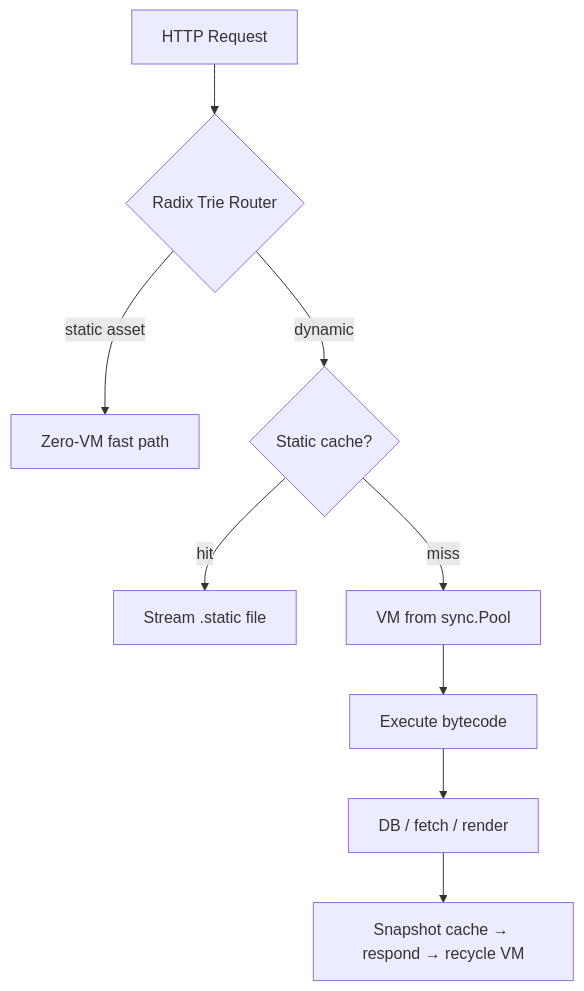
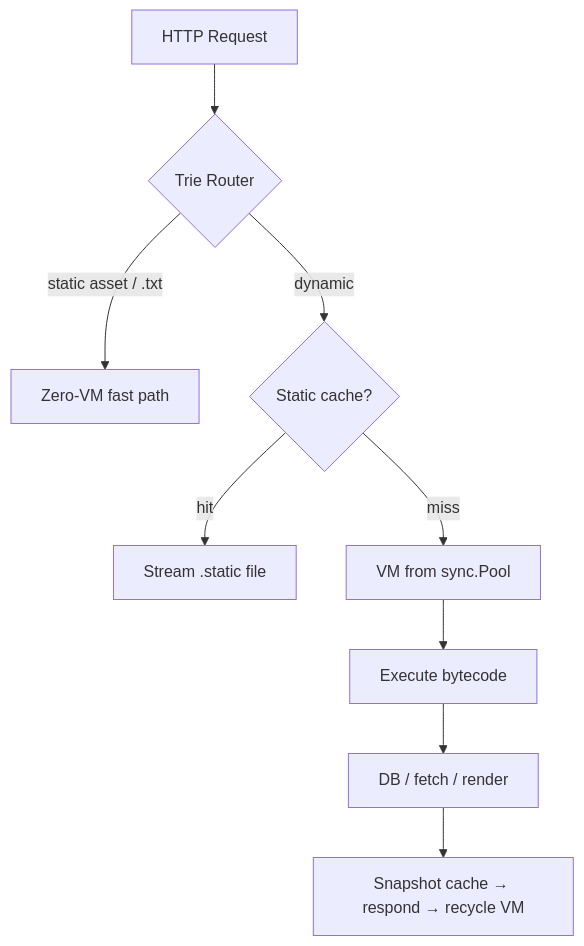
Before and after one commit to kitwork/engine: the diagram in readme.md, drawn with Mermaid. The commit also changed other lines of this file and 24 other files, not shown here.

````diff
--- a/readme.md
+++ b/readme.md
@@ -158,10 +182,10 @@
 ```mermaid
 graph TD
-    A[HTTP Request] --> B{Radix Trie Router}
-    B -- static asset --> C[Zero-VM fast path]
+    A[HTTP Request] --> B{Trie Router}
+    B -- static asset / .txt --> C[Zero-VM fast path]
     B -- dynamic --> D{Static cache?}
     D -- hit --> E[Stream .static file]
     D -- miss --> F[VM from sync.Pool] --> G[Execute bytecode]
     G --> H[DB / fetch / render]
     H --> I[Snapshot cache → respond → recycle VM]
 ```
````
